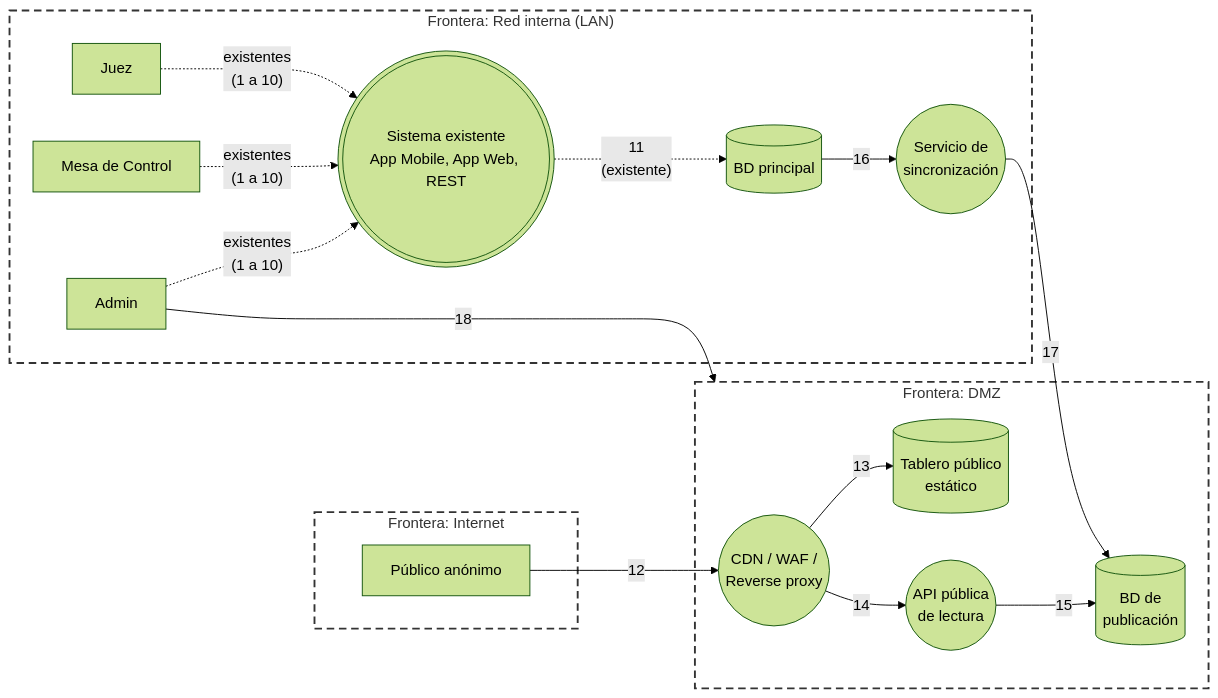
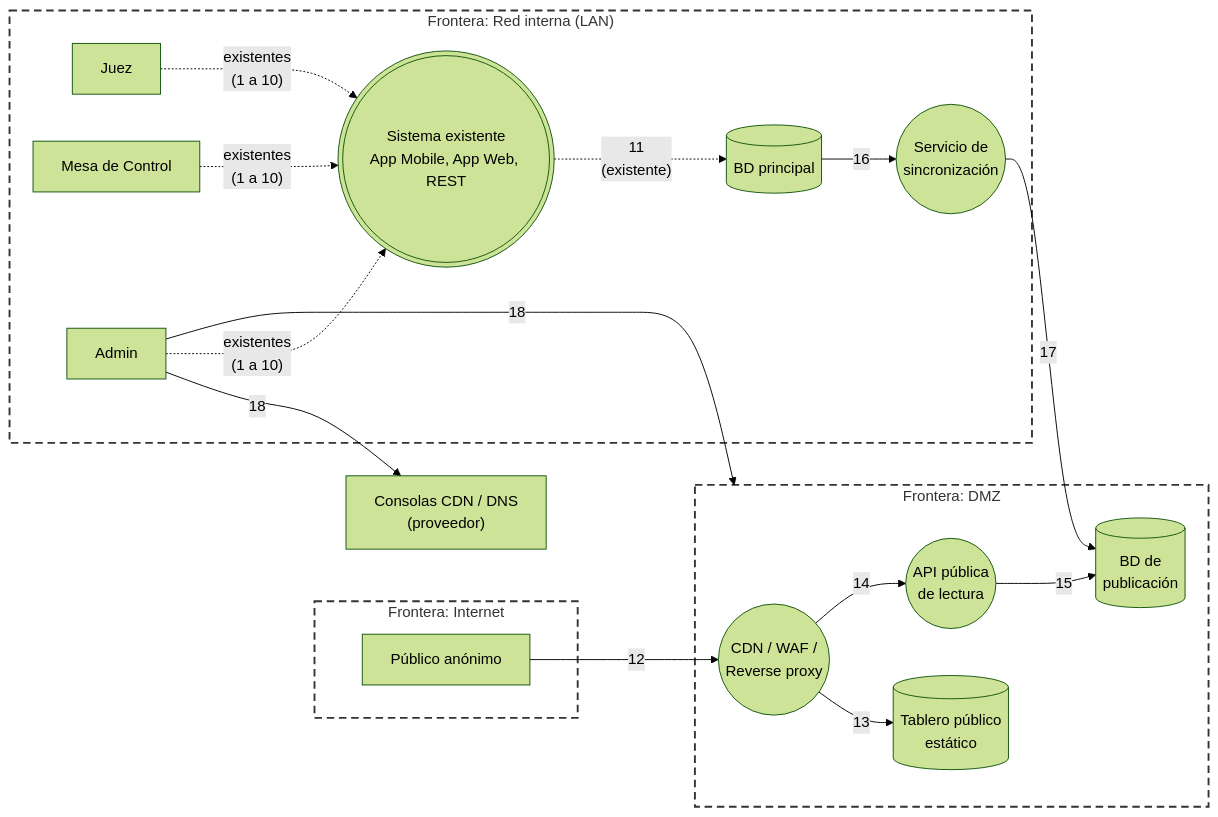
Before and after one commit to valentina-blanco/practico5-dssw: the second of 2 diagrams in README.md, drawn with Mermaid (forest theme). The commit also changed other lines of this file and 1 other file, not shown here.

````diff
--- a/README.md
+++ b/README.md
@@ -249,39 +249,42 @@
 ```mermaid
 flowchart LR
     subgraph INET["Frontera: Internet"]
         publico["Público anónimo"]
     end
 
     subgraph DMZ["Frontera: DMZ"]
         cdn(("CDN / WAF /<br/>Reverse proxy"))
         spa[("Tablero público<br/>estático")]
         apipub(("API pública<br/>de lectura"))
         bdpub[("BD de<br/>publicación")]
     end
 
     subgraph LAN["Frontera: Red interna (LAN)"]
         juez["Juez"]
         mesa["Mesa de Control"]
         admin["Admin"]
         sistema((("Sistema existente<br/>App Mobile, App Web, REST")))
         bd[("BD principal")]
         sync(("Servicio de<br/>sincronización"))
     end
 
+    consolas["Consolas CDN / DNS<br/>(proveedor)"]
+
     publico -->|"12"| cdn
     cdn -->|"13"| spa
     cdn -->|"14"| apipub
     apipub -->|"15"| bdpub
     bd -->|"16"| sync
     sync -->|"17"| bdpub
     admin -->|"18"| DMZ
+    admin -->|"18"| consolas
 
     juez -.->|"existentes<br/>(1 a 10)"| sistema
     mesa -.->|"existentes<br/>(1 a 10)"| sistema
     admin -.->|"existentes<br/>(1 a 10)"| sistema
     sistema -.->|"11<br/>(existente)"| bd
 
     style INET fill:#ffffff,stroke:#333333,stroke-width:2px,stroke-dasharray:8 5
     style DMZ fill:#ffffff,stroke:#333333,stroke-width:2px,stroke-dasharray:8 5
     style LAN fill:#ffffff,stroke:#333333,stroke-width:2px,stroke-dasharray:8 5
 ```
````
